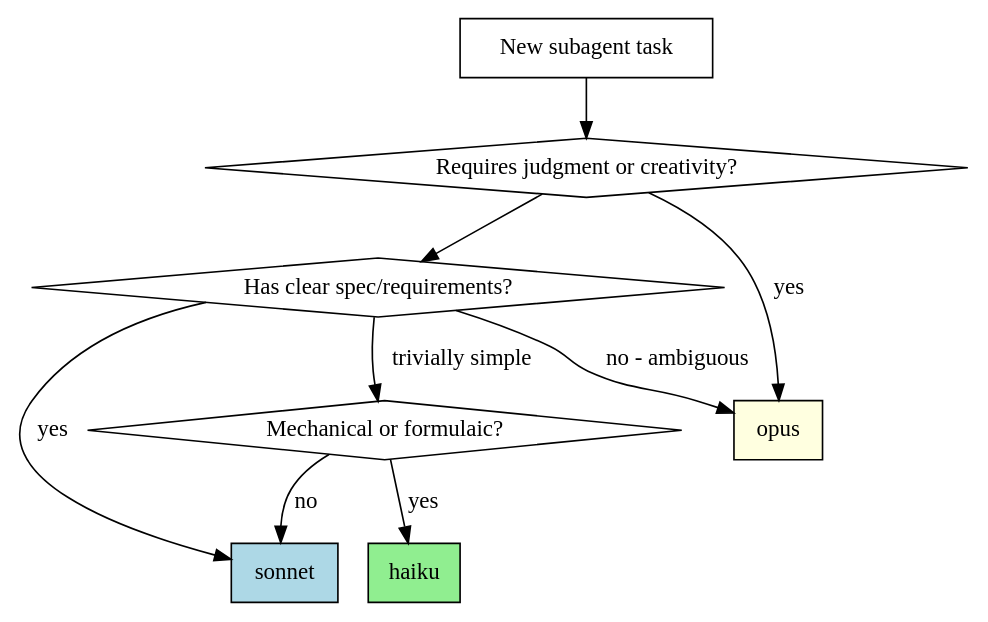
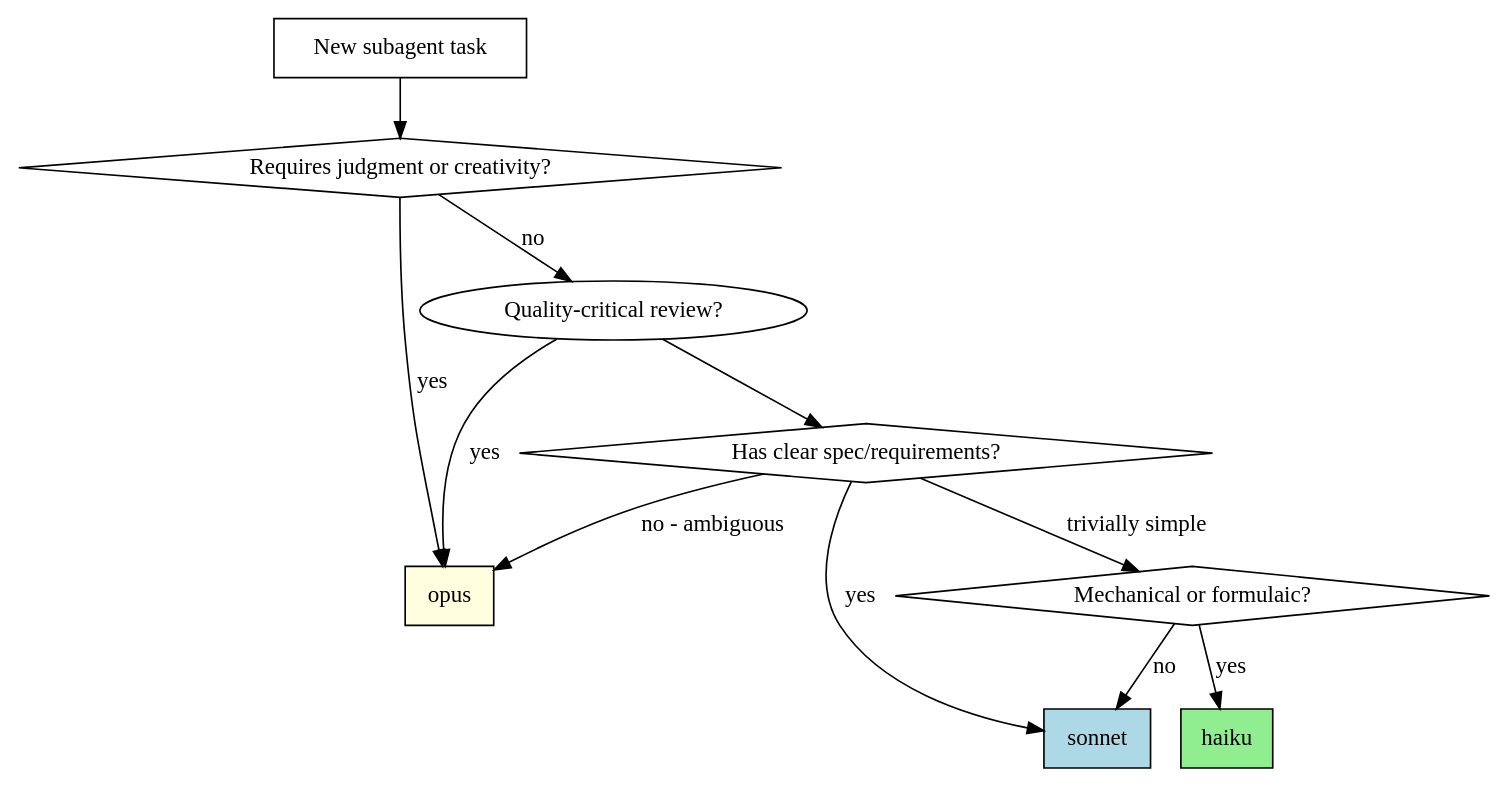
Before and after one commit to obra/superpowers: the diagram in skills/dynamic-model-selection/SKILL.md, drawn with Graphviz. The commit also changed other lines of this file and 6 other files, not shown here.

````diff
--- a/skills/dynamic-model-selection/SKILL.md
+++ b/skills/dynamic-model-selection/SKILL.md
@@ -67,24 +69,26 @@
 ```dot
 digraph model_selection {
     rankdir=TB;
 
     "New subagent task" [shape=box];
     "Requires judgment or creativity?" [shape=diamond];
     "Has clear spec/requirements?" [shape=diamond];
     "Mechanical or formulaic?" [shape=diamond];
 
     "opus" [shape=box style=filled fillcolor=lightyellow];
     "sonnet" [shape=box style=filled fillcolor=lightblue];
     "haiku" [shape=box style=filled fillcolor=lightgreen];
 
     "New subagent task" -> "Requires judgment or creativity?";
     "Requires judgment or creativity?" -> "opus" [label="yes"];
-    "Requires judgment or creativity?" -> "Has clear spec/requirements?";
+    "Requires judgment or creativity?" -> "Quality-critical review?" [label="no"];
+    "Quality-critical review?" -> "opus" [label="yes"];
+    "Quality-critical review?" -> "Has clear spec/requirements?";
     "Has clear spec/requirements?" -> "sonnet" [label="yes"];
     "Has clear spec/requirements?" -> "opus" [label="no - ambiguous"];
     "sonnet" -> "Mechanical or formulaic?" [style=invis];
     "Has clear spec/requirements?" -> "Mechanical or formulaic?" [label="trivially simple"];
     "Mechanical or formulaic?" -> "haiku" [label="yes"];
     "Mechanical or formulaic?" -> "sonnet" [label="no"];
 }
 ```
````
